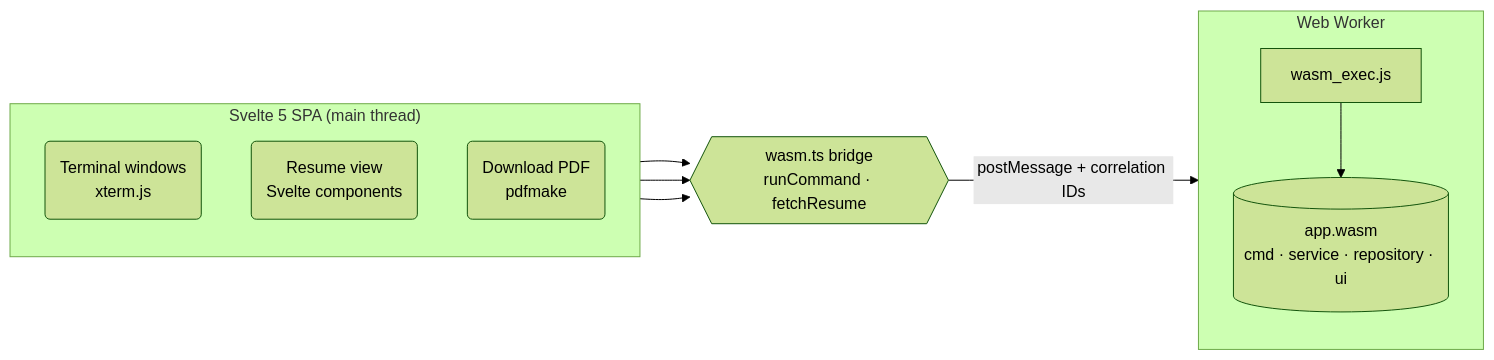
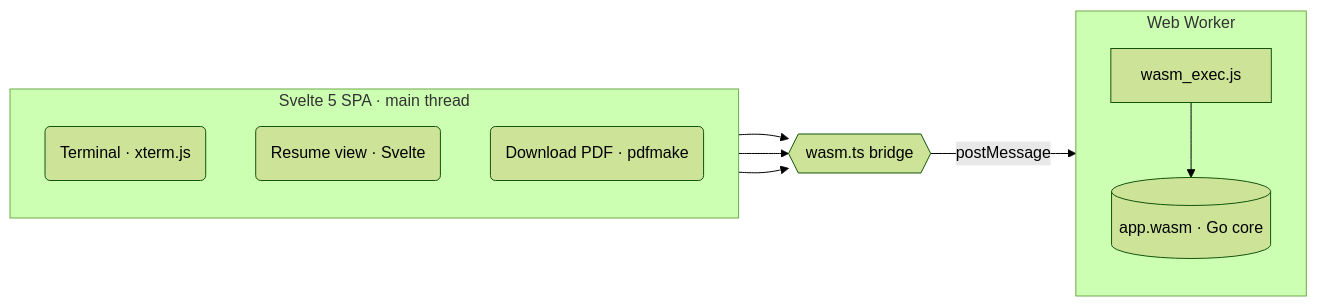
Before and after one commit to TrianaLab/awasm-portfolio: the diagram in README.md, drawn with Mermaid (forest theme).

Commit message:
docs(mermaid): drop quoted labels + <br>; GitHub's renderer disables HTML
GitHub's mermaid renders inside quoted labels as literal text — both
the surrounding quotes and any <br> tag. Replaced with the bracket
syntax that takes a plain (unquoted) label, and inlined the per-node
subtitles into a single line separated by '·' so the diagram needs no
line breaks at all.

````diff
--- a/README.md
+++ b/README.md
@@ -16,23 +16,23 @@
 ```mermaid
 flowchart LR
-    subgraph SPA["Svelte 5 SPA (main thread)"]
+    subgraph SPA [Svelte 5 SPA · main thread]
         direction TB
-        Term("Terminal windows<br>xterm.js")
-        Resume("Resume view<br>Svelte components")
-        PDF("Download PDF<br>pdfmake")
+        Term(Terminal · xterm.js)
+        Resume(Resume view · Svelte)
+        PDF(Download PDF · pdfmake)
     end
 
-    Bridge{{"wasm.ts bridge<br>runCommand · fetchResume"}}
+    Bridge{{wasm.ts bridge}}
 
-    subgraph Worker["Web Worker"]
+    subgraph Worker [Web Worker]
         direction TB
-        Exec["wasm_exec.js"]
-        Wasm[("app.wasm<br>cmd · service · repository · ui")]
+        Exec[wasm_exec.js]
+        Wasm[(app.wasm · Go core)]
         Exec --> Wasm
     end
 
     Term --> Bridge
     Resume --> Bridge
     PDF --> Bridge
-    Bridge -- "postMessage + correlation IDs" --> Worker
+    Bridge -- postMessage --> Worker
 ```
````
